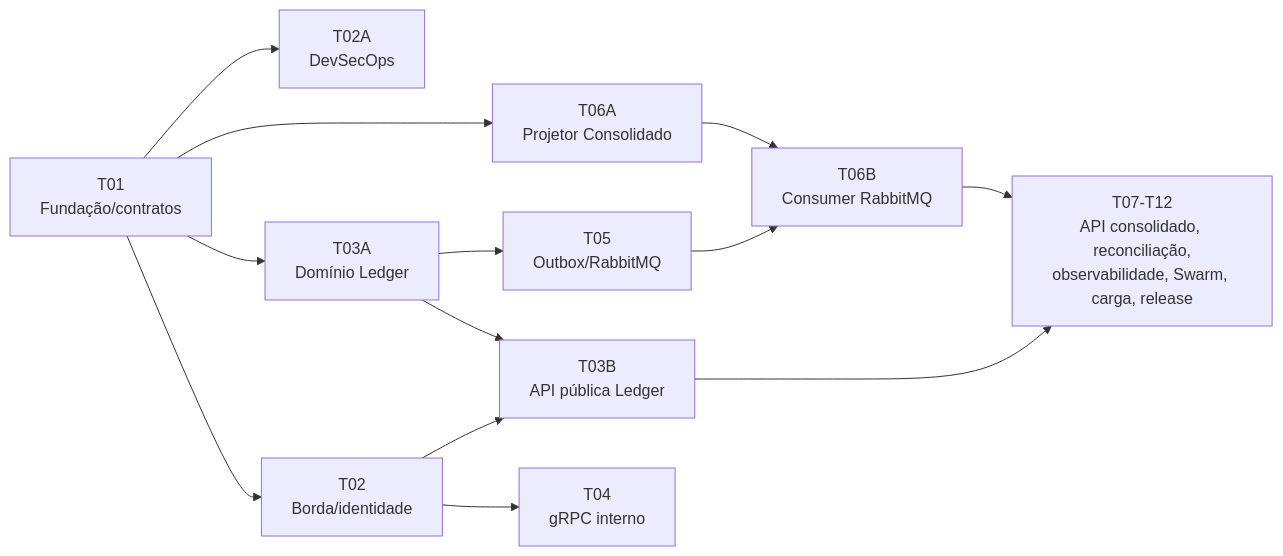
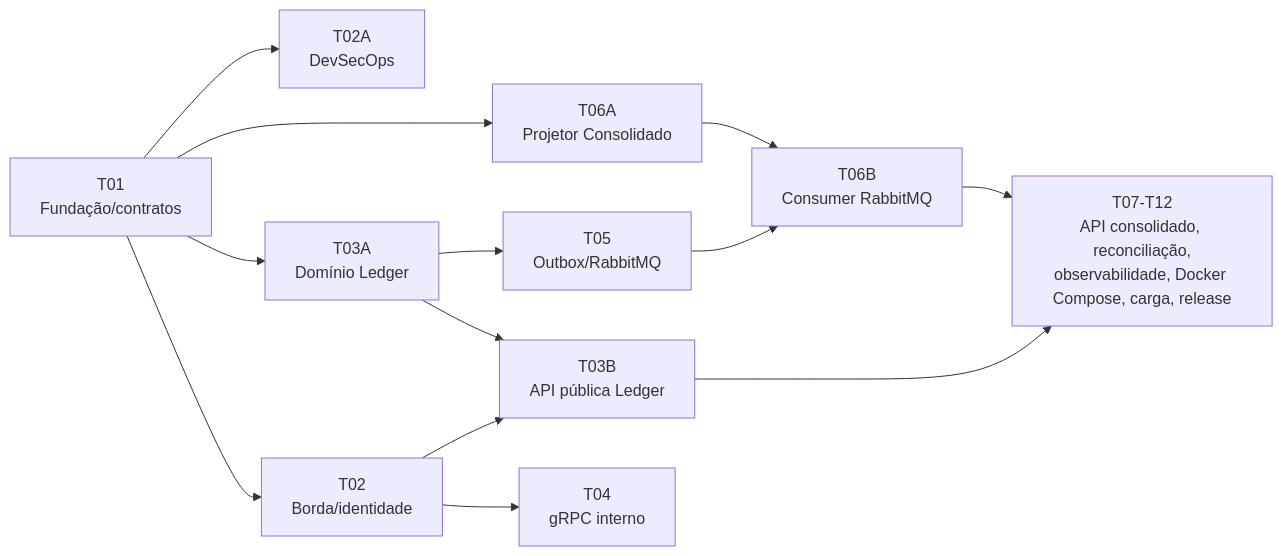
One commit to higordiego/keyrus changed the diagram in docs/defesa-arquitetural.md. Above: the diagram before and after it, drawn with Mermaid. The commit also changed 8 other files, not shown here.

````diff
--- a/docs/defesa-arquitetural.md
+++ b/docs/defesa-arquitetural.md
@@ -26,15 +26,15 @@
 ```mermaid
 flowchart LR
     T01[T01\nFundação/contratos] --> T02A[T02A\nDevSecOps]
     T01 --> T03A[T03A\nDomínio Ledger]
     T01 --> T06A[T06A\nProjetor Consolidado]
     T01 --> T02[T02\nBorda/identidade]
     T03A --> T05[T05\nOutbox/RabbitMQ]
     T05 --> T06B[T06B\nConsumer RabbitMQ]
     T06A --> T06B
     T02 --> T03B[T03B\nAPI pública Ledger]
     T03A --> T03B
     T02 --> T04[T04\ngRPC interno]
-    T03B --> T07[T07-T12\nAPI consolidado, reconciliação,\nobservabilidade, Swarm, carga, release]
+    T03B --> T07[T07-T12\nAPI consolidado, reconciliação,\nobservabilidade, Docker Compose, carga, release]
     T06B --> T07
 ```
````
